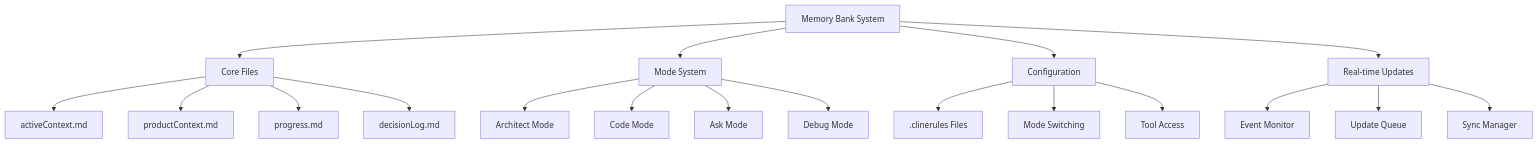
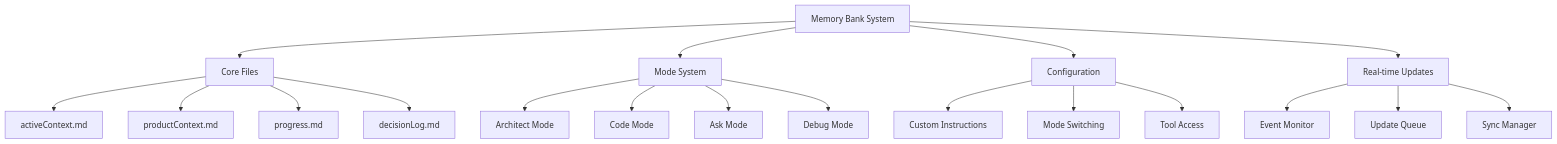
Before and after one commit to sethdford/memory-bank: the first of 2 diagrams in developer-primer.md, drawn with Mermaid. The commit also changed other lines of this file and 17 other files, not shown here.

````diff
--- a/developer-primer.md
+++ b/developer-primer.md
@@ -7,25 +7,25 @@
 ```mermaid
 flowchart TD
     A[Memory Bank System] --> B[Core Files]
     A --> C[Mode System]
     A --> D[Configuration]
     A --> E[Real-time Updates]
     
     B --> B1[activeContext.md]
     B --> B2[productContext.md]
     B --> B3[progress.md]
     B --> B4[decisionLog.md]
     
     C --> C1[Architect Mode]
     C --> C2[Code Mode]
     C --> C3[Ask Mode]
     C --> C4[Debug Mode]
     
-    D --> D1[.clinerules Files]
+    D --> D1[Custom Instructions]
     D --> D2[Mode Switching]
     D --> D3[Tool Access]
     
     E --> E1[Event Monitor]
     E --> E2[Update Queue]
     E --> E3[Sync Manager]
 ```
````
